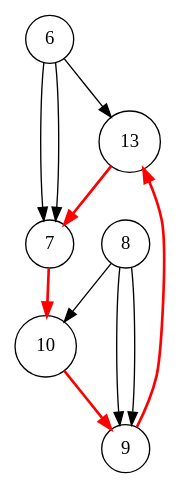
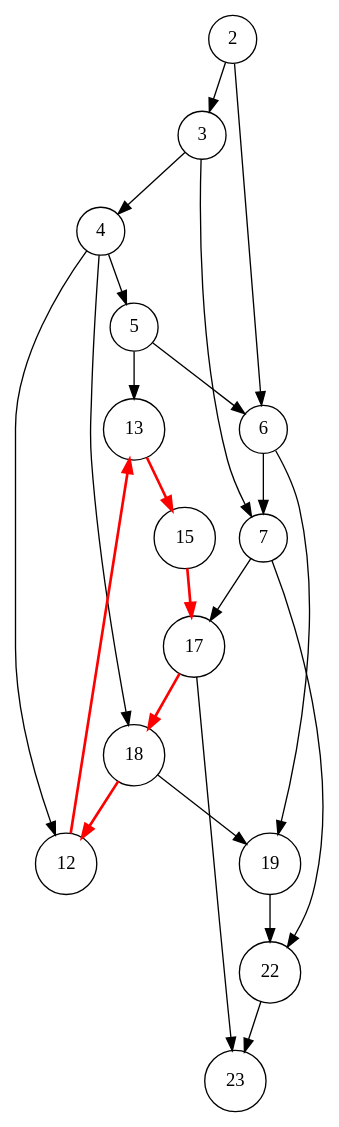
The diagram in execution_8.dot (gintskk/execution-log-parser), drawn with Graphviz before and after one commit. The commit also changed 22 other files, not shown here.

```diff
--- a/execution_8.dot
+++ b/execution_8.dot
@@ -1,14 +1,26 @@
 digraph execution {
   node [shape=circle];
-  13 -> 7 [color=red, penwidth=2.0];
-  10 -> 9 [color=red, penwidth=2.0];
-  7 -> 10 [color=red, penwidth=2.0];
+  13 -> 15 [color=red, penwidth=2.0];
+  7 -> 22;
+  7 -> 17;
   6 -> 7;
-  6 -> 13;
-  6 -> 7;
-  9 -> 13 [color=red, penwidth=2.0];
-  8 -> 9;
-  8 -> 10;
-  8 -> 9;
-  {node [style=filled, fillcolor=lightpink] 13 7 10 9 13 }
+  6 -> 19;
+  22 -> 23;
+  5 -> 6;
+  5 -> 13;
+  4 -> 5;
+  4 -> 18;
+  4 -> 12;
+  3 -> 4;
+  3 -> 7;
+  19 -> 22;
+  2 -> 3;
+  2 -> 6;
+  12 -> 13 [color=red, penwidth=2.0];
+  18 -> 19;
+  18 -> 12 [color=red, penwidth=2.0];
+  17 -> 18 [color=red, penwidth=2.0];
+  17 -> 23;
+  15 -> 17 [color=red, penwidth=2.0];
+  {node [style=filled, fillcolor=lightpink] 12 13 15 17 18 12 }
 }
```
